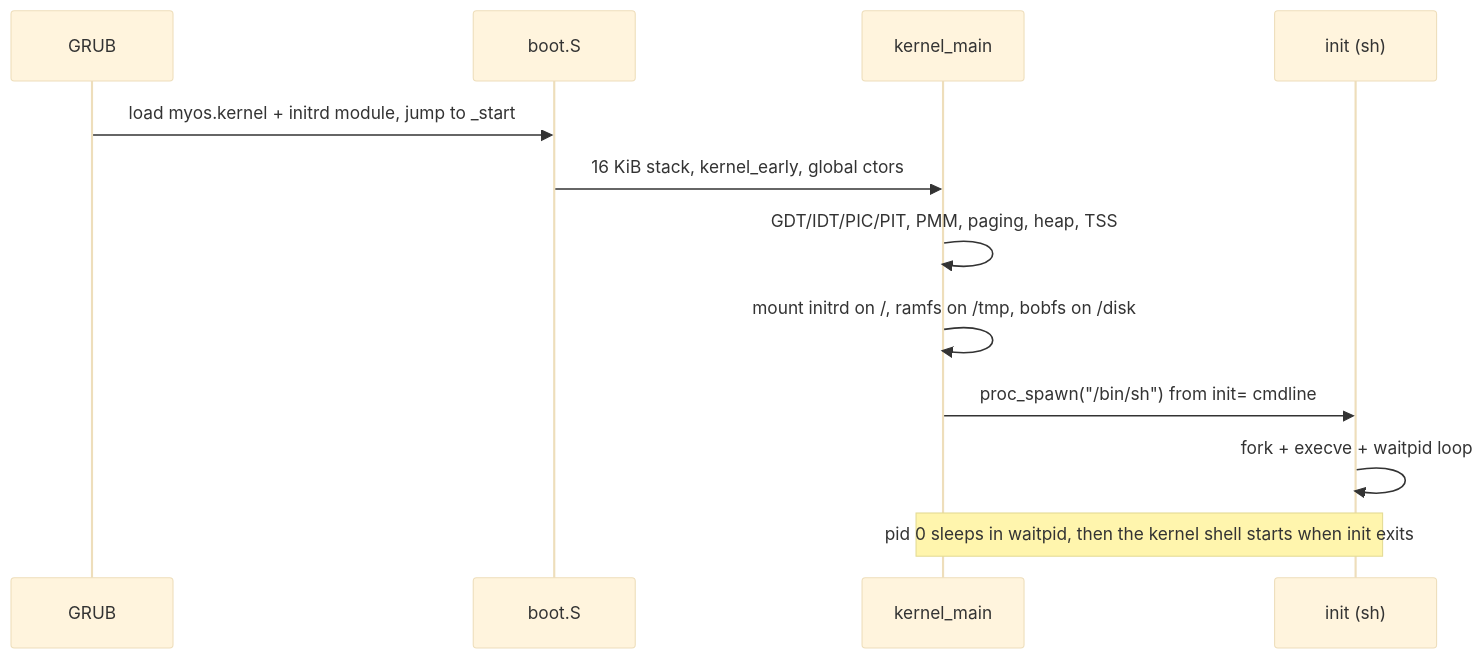
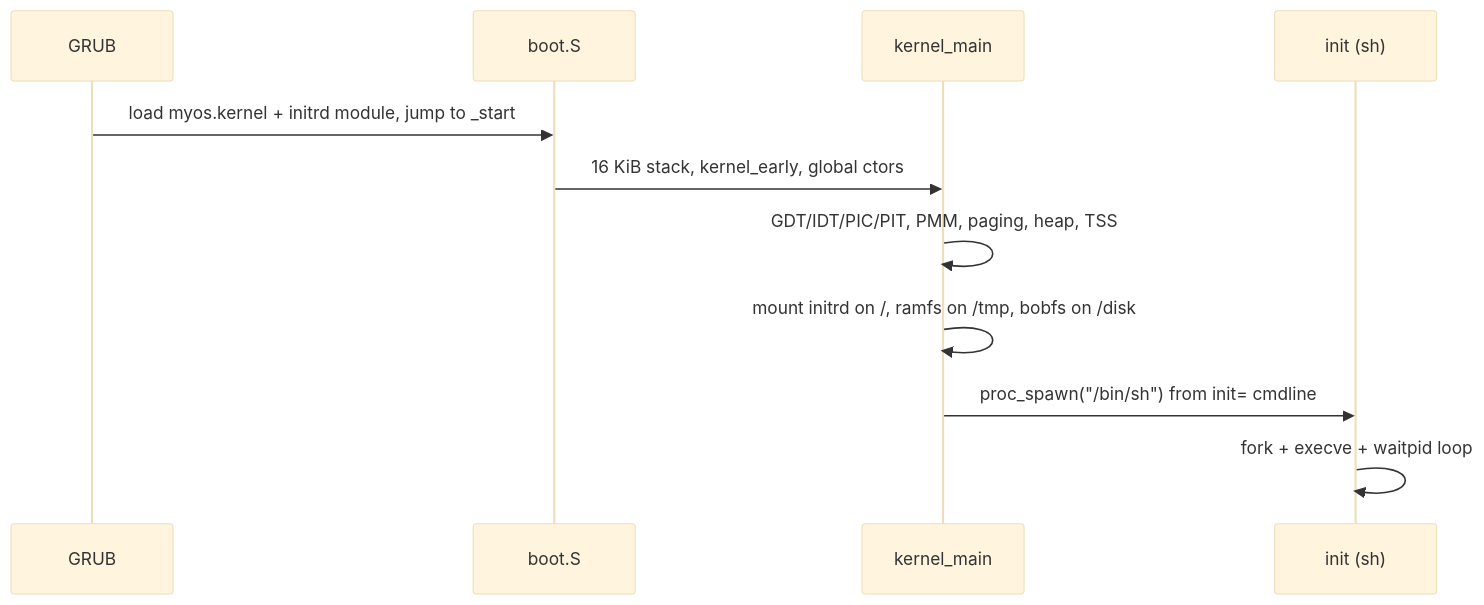
The diagram in README.md (Bobliuuu/bobliu-os), drawn with Mermaid (base theme) before and after one commit. The commit also changed other lines of this file and 15 other files, not shown here.

````diff
--- a/README.md
+++ b/README.md
@@ -187,14 +79,13 @@
 ```mermaid
 sequenceDiagram
     participant G as GRUB
     participant B as boot.S
     participant K as kernel_main
     participant P as init (sh)
     G->>B: load myos.kernel + initrd module, jump to _start
     B->>K: 16 KiB stack, kernel_early, global ctors
     K->>K: GDT/IDT/PIC/PIT, PMM, paging, heap, TSS
     K->>K: mount initrd on /, ramfs on /tmp, bobfs on /disk
     K->>P: proc_spawn("/bin/sh") from init= cmdline
     P->>P: fork + execve + waitpid loop
-    Note over K,P: pid 0 sleeps in waitpid, then the kernel shell starts when init exits
 ```
````
